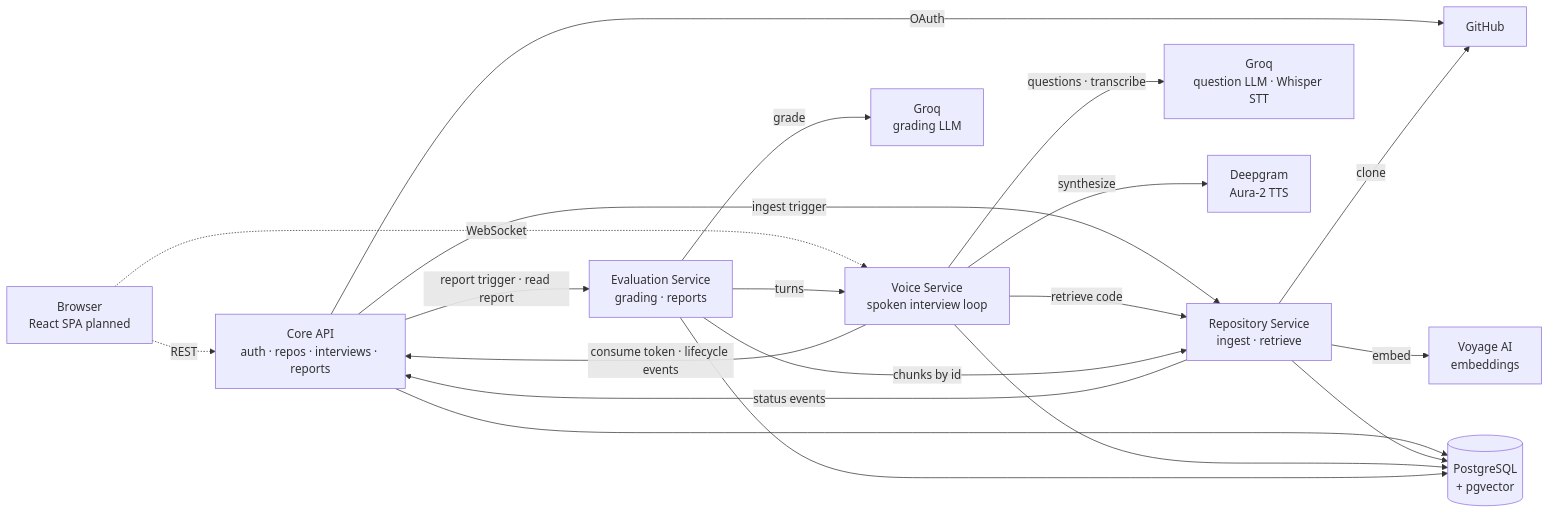
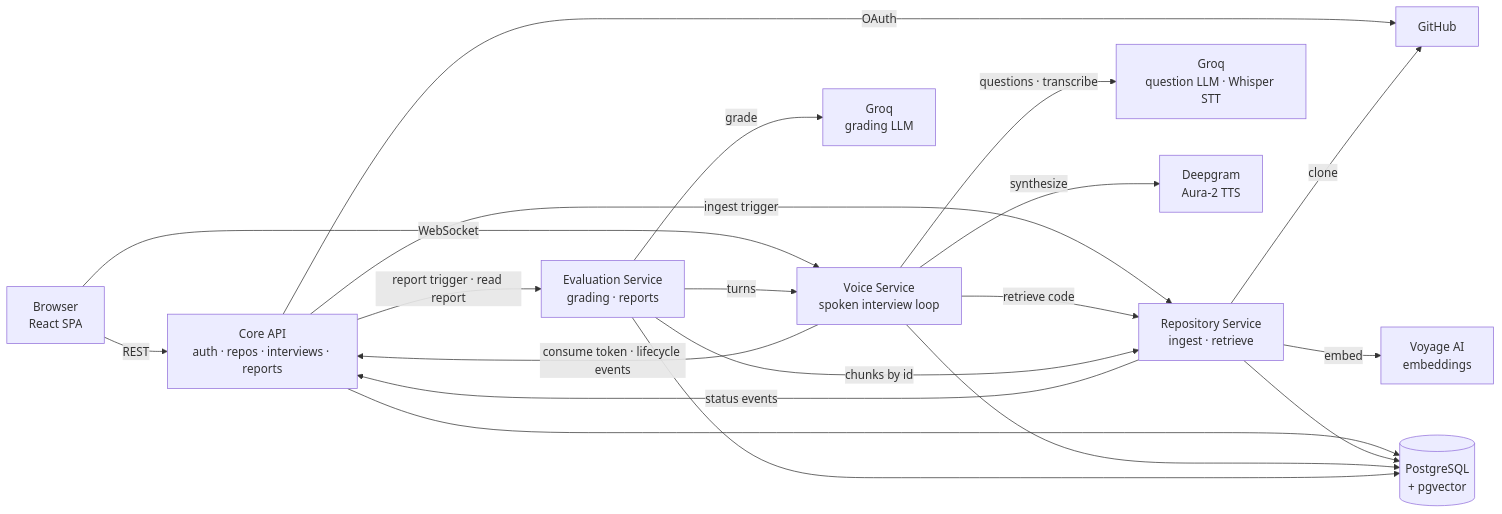
The diagram in README.md (missLaiba22/RepoViva), drawn with Mermaid before and after one commit. The commit also changed other lines of this file and 17 other files, not shown here.

````diff
--- a/README.md
+++ b/README.md
@@ -13,36 +13,36 @@
 ```mermaid
 flowchart LR
-    FE[Browser<br/>React SPA planned]
+    FE[Browser<br/>React SPA]
 
     CORE[Core API<br/>auth · repos · interviews · reports]
     REPO[Repository Service<br/>ingest · retrieve]
     VOICE[Voice Service<br/>spoken interview loop]
     EVAL[Evaluation Service<br/>grading · reports]
 
     DB[(PostgreSQL<br/>+ pgvector)]
     GH[GitHub]
     VOY[Voyage AI<br/>embeddings]
     LLM[Groq<br/>question LLM · Whisper STT]
     TTS[Deepgram<br/>Aura-2 TTS]
     AI[Groq<br/>grading LLM]
 
-    FE -. REST .-> CORE
-    FE -. WebSocket .-> VOICE
+    FE -- REST --> CORE
+    FE -- WebSocket --> VOICE
     CORE -- OAuth --> GH
     CORE -- ingest trigger --> REPO
     REPO -- status events --> CORE
     REPO -- clone --> GH
     REPO -- embed --> VOY
     VOICE -- consume token · lifecycle events --> CORE
     VOICE -- retrieve code --> REPO
     VOICE -- questions · transcribe --> LLM
     VOICE -- synthesize --> TTS
     CORE -- report trigger · read report --> EVAL
     EVAL -- turns --> VOICE
     EVAL -- chunks by id --> REPO
     EVAL -- grade --> AI
     CORE --> DB
     REPO --> DB
     VOICE --> DB
     EVAL --> DB
 ```
````
